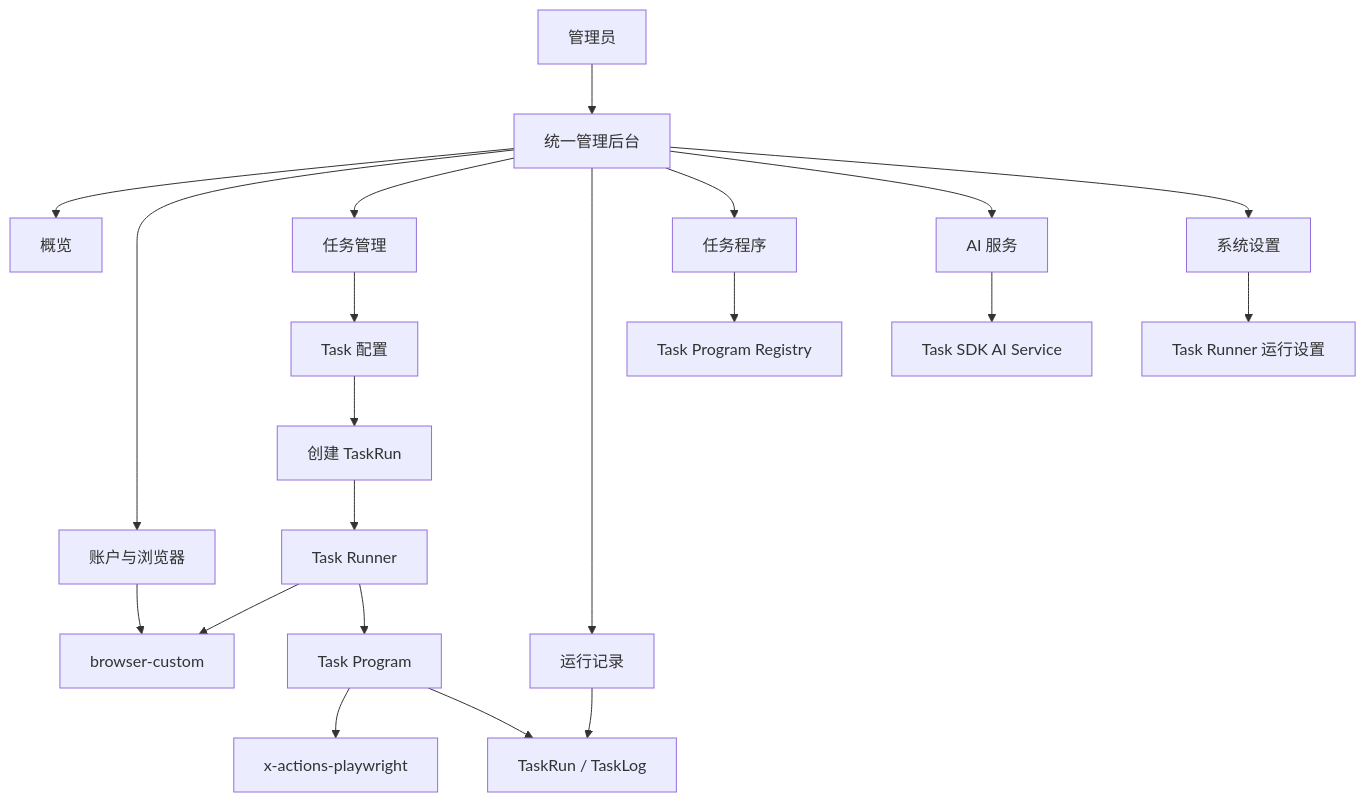
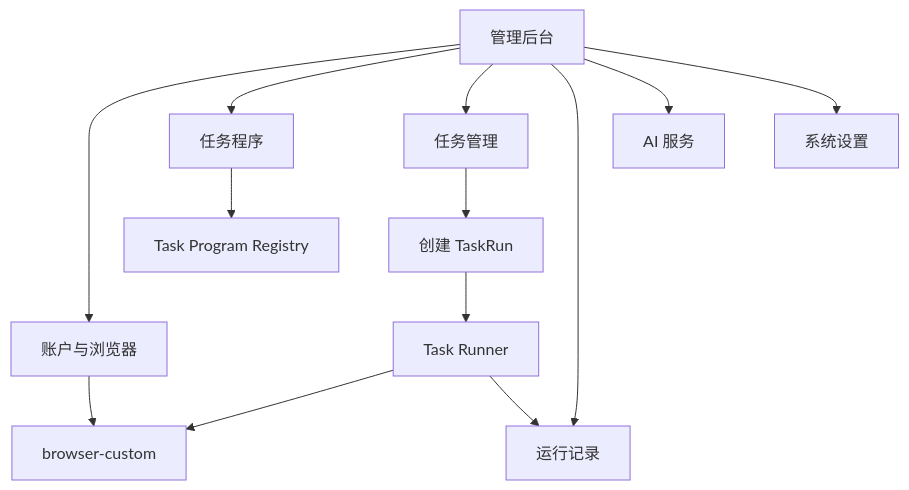
The diagram in docs/admin-console-design.md (xy459/auto-x), drawn with Mermaid before and after one commit. The commit also changed other lines of this file and 96 other files, not shown here.

````diff
--- a/docs/admin-console-design.md
+++ b/docs/admin-console-design.md
@@ -94,26 +36,15 @@
 ```mermaid
 flowchart TB
-    Admin["管理员"] --> Console["统一管理后台"]
-
-    Console --> Dashboard["概览"]
-    Console --> Accounts["账户与浏览器"]
+    Console["管理后台"] --> Accounts["账户与浏览器"]
+    Console --> Programs["任务程序"]
     Console --> Tasks["任务管理"]
     Console --> Runs["运行记录"]
-    Console --> Programs["任务程序"]
     Console --> AI["AI 服务"]
     Console --> Settings["系统设置"]
-
-    Accounts --> BrowserCustom["browser-custom"]
+    Accounts --> Browser["browser-custom"]
     Programs --> Registry["Task Program Registry"]
-    Tasks --> TaskStore["Task 配置"]
-    Runs --> RunStore["TaskRun / TaskLog"]
-    AI --> AIService["Task SDK AI Service"]
-    Settings --> RunnerConfig["Task Runner 运行设置"]
-
-    TaskStore --> CreateRun["创建 TaskRun"]
-    CreateRun --> Runner["Task Runner"]
-    Runner --> BrowserCustom
-    Runner --> Program["Task Program"]
-    Program --> Actions["x-actions-playwright"]
-    Program --> RunStore
+    Tasks --> Run["创建 TaskRun"]
+    Run --> Runner["Task Runner"]
+    Runner --> Browser
+    Runner --> Runs
 ```
````
